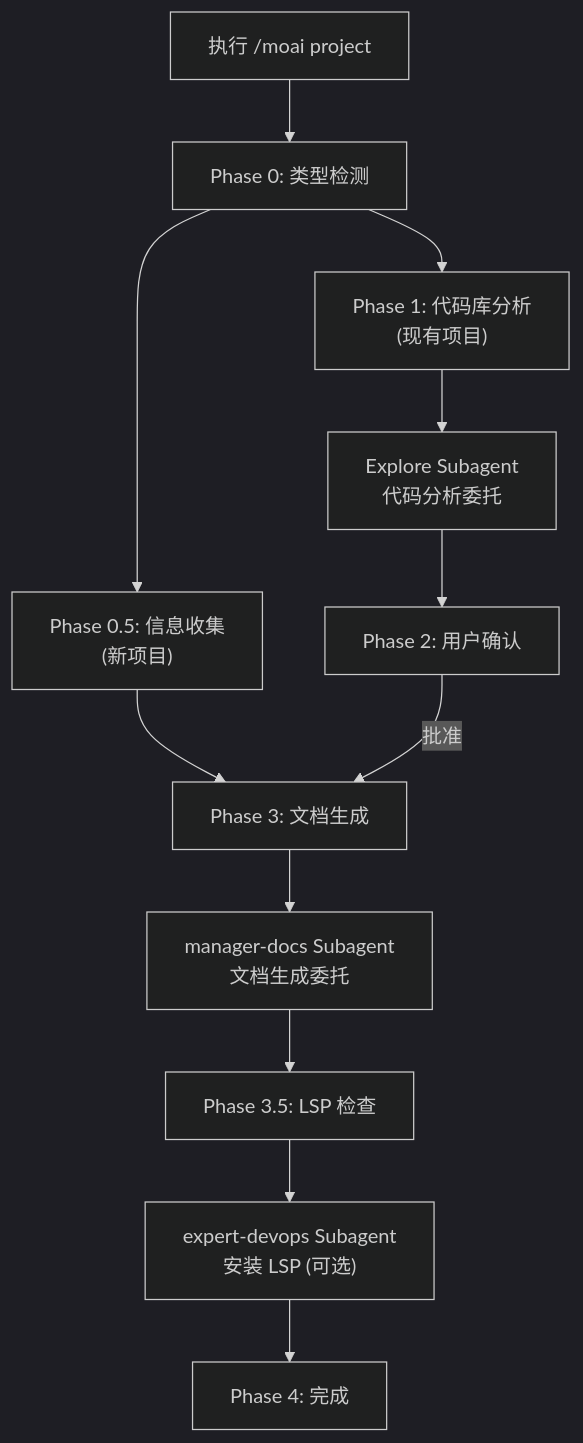
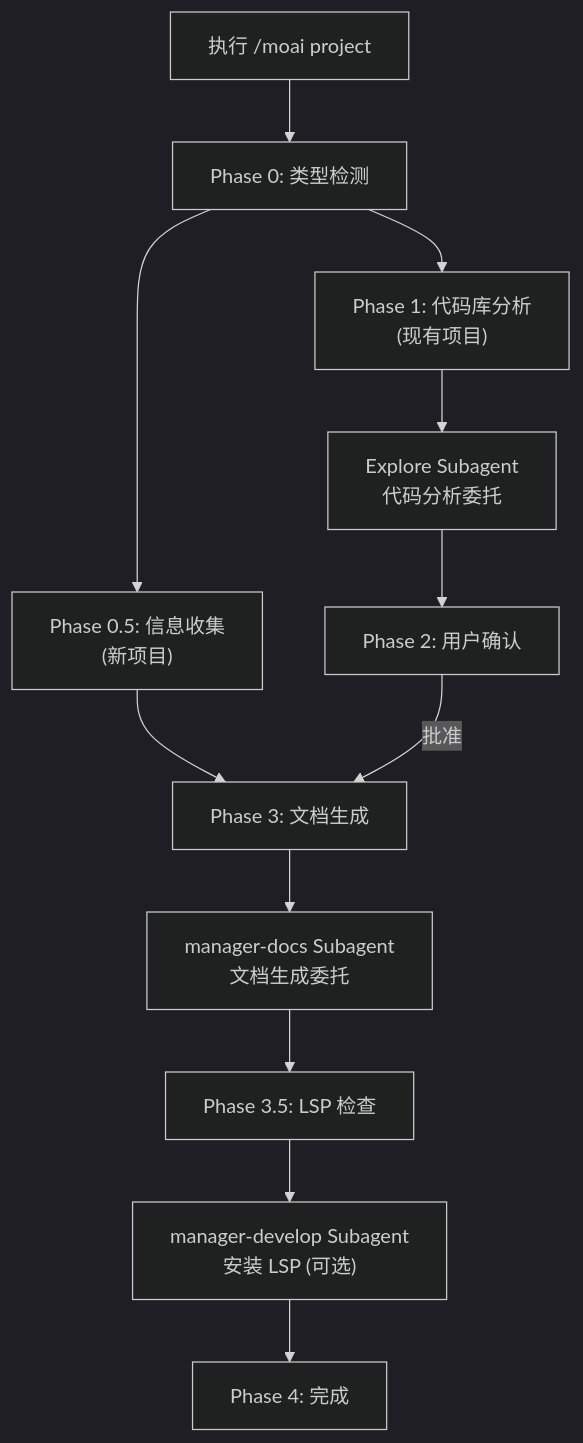
The second of 2 diagrams in docs-site/content/zh/workflow-commands/moai-project.md (modu-ai/moai-adk), drawn with Mermaid (dark theme) before and after one commit. The commit also changed other lines of this file and 153 other files, not shown here.

````diff
--- a/docs-site/content/zh/workflow-commands/moai-project.md
+++ b/docs-site/content/zh/workflow-commands/moai-project.md
@@ -497,18 +497,18 @@
 ```mermaid
 flowchart TD
     Start["执行 /moai project"] --> Phase0["Phase 0: 类型检测"]
     Phase0 --> Phase05["Phase 0.5: 信息收集<br/>(新项目)"]
     Phase0 --> Phase1["Phase 1: 代码库分析<br/>(现有项目)"]
 
     Phase1 --> Explore["Explore Subagent<br/>代码分析委托"]
     Explore --> Phase2["Phase 2: 用户确认"]
 
     Phase05 --> Phase3["Phase 3: 文档生成"]
     Phase2 -->|批准| Phase3
 
     Phase3 --> Docs["manager-docs Subagent<br/>文档生成委托"]
     Docs --> Phase35["Phase 3.5: LSP 检查"]
 
-    Phase35 --> DevOps["expert-devops Subagent<br/>安装 LSP (可选)"]
+    Phase35 --> DevOps["manager-develop Subagent<br/>安装 LSP (可选)"]
     DevOps --> Phase4["Phase 4: 完成"]
 ```
````
